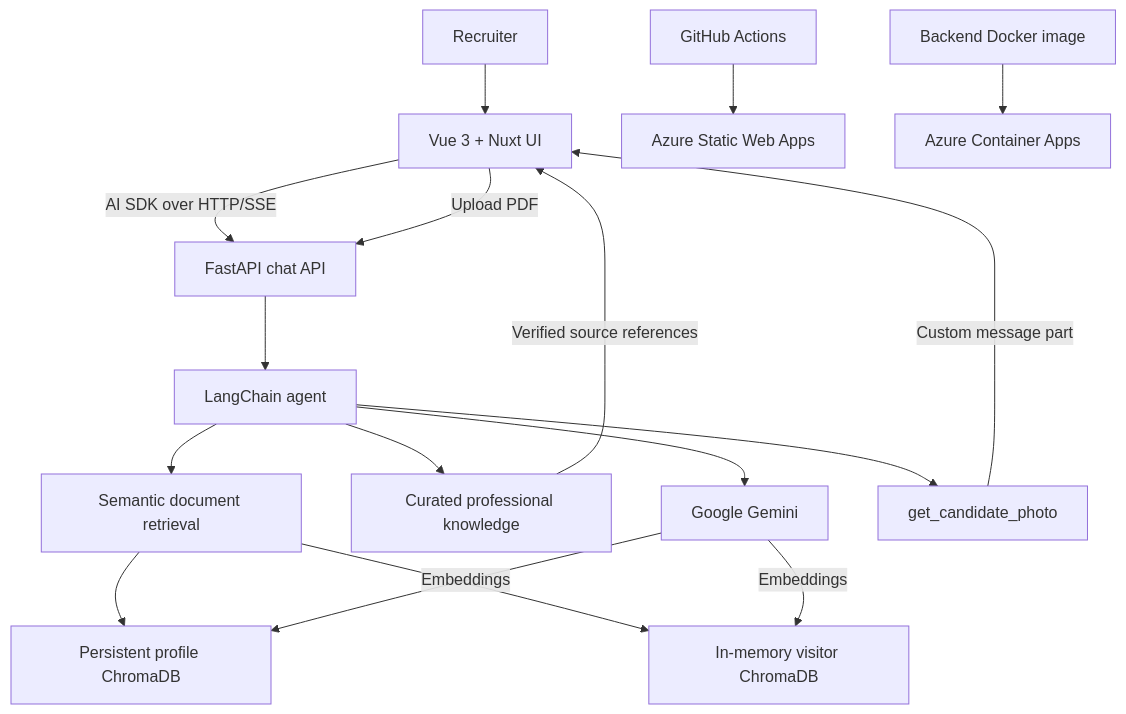
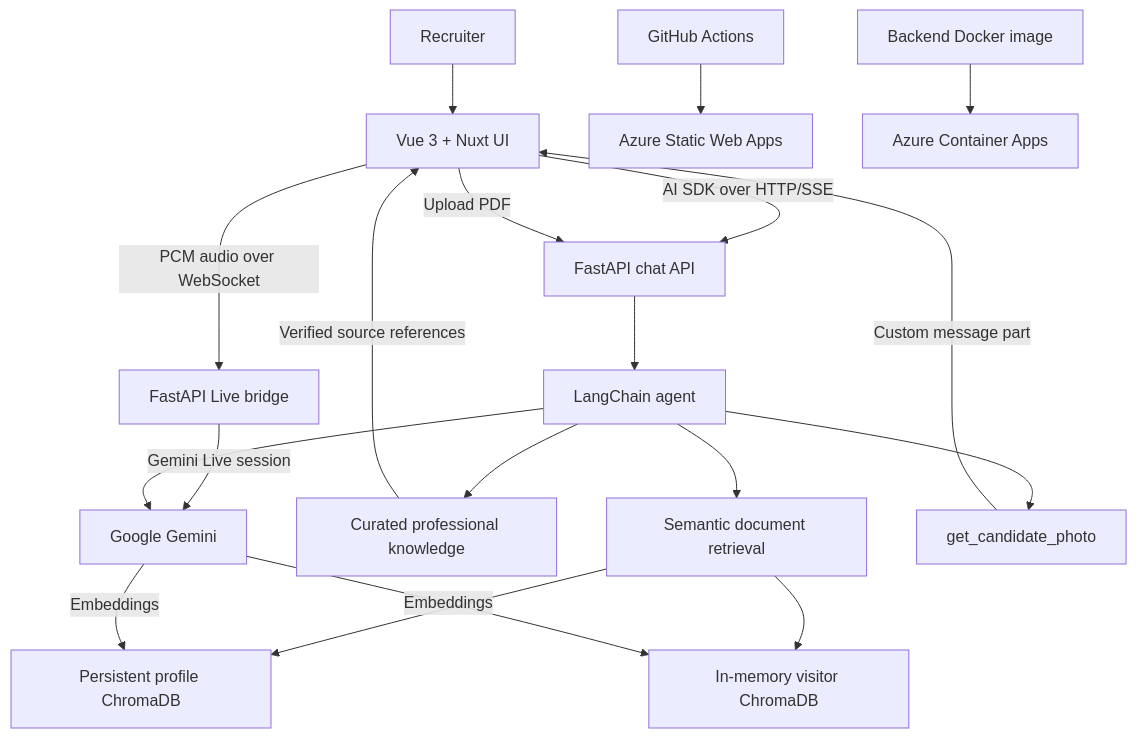
One commit to JeykerSalinas/awesome-ai-profile changed the diagram in README.md. Above: the diagram before and after it, drawn with Mermaid. The commit also changed other lines of this file and 13 other files, not shown here.

Commit message:
feat: add Gemini Live voice conversation

````diff
--- a/README.md
+++ b/README.md
@@ -59,19 +61,21 @@
 ```mermaid
 flowchart TD
     Recruiter[Recruiter] --> Frontend[Vue 3 + Nuxt UI]
     Frontend -->|AI SDK over HTTP/SSE| API[FastAPI chat API]
+    Frontend -->|PCM audio over WebSocket| LiveAPI[FastAPI Live bridge]
+    LiveAPI -->|Gemini Live session| Gemini
     API --> Agent[LangChain agent]
     Agent --> Gemini[Google Gemini]
     Agent --> Knowledge[Curated professional knowledge]
     Agent --> RAG[Semantic document retrieval]
     RAG --> ProfileStore[Persistent profile ChromaDB]
     RAG --> VisitorStore[In-memory visitor ChromaDB]
     Gemini -->|Embeddings| ProfileStore
     Gemini -->|Embeddings| VisitorStore
     Frontend -->|Upload PDF| API
     Agent --> Photo[get_candidate_photo]
     Knowledge -->|Verified source references| Frontend
     Photo -->|Custom message part| Frontend
     GitHub[GitHub Actions] --> AzureWeb[Azure Static Web Apps]
     Docker[Backend Docker image] --> AzureAPI[Azure Container Apps]
 ```
````
